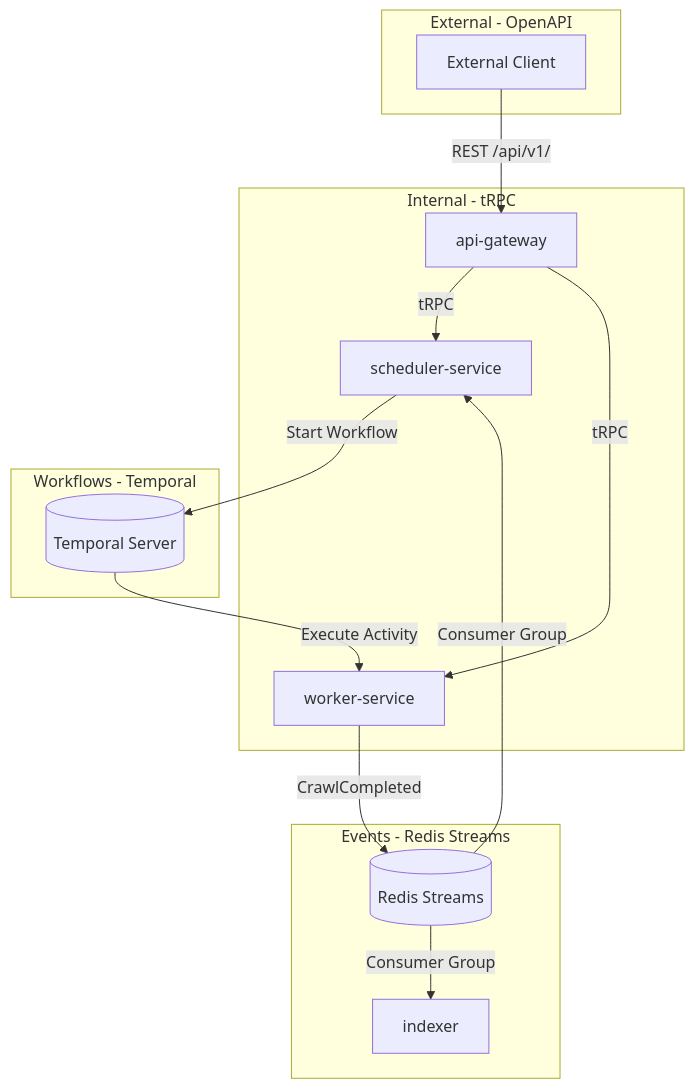
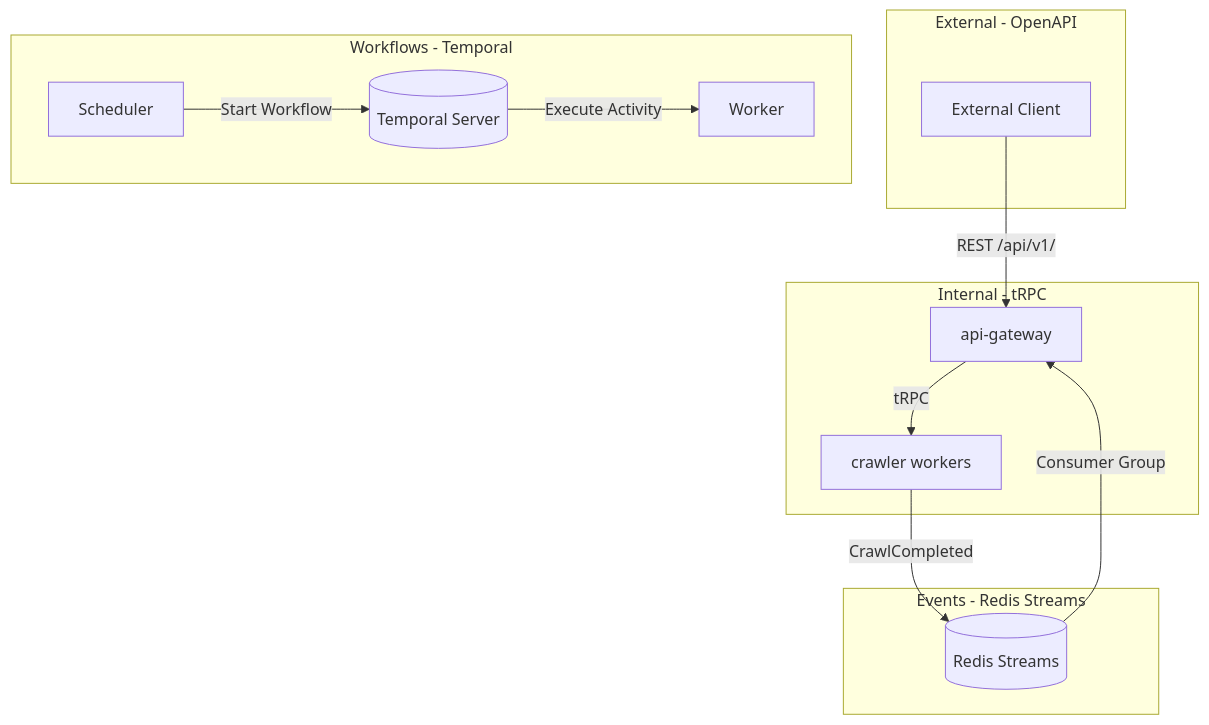
Before and after one commit to r-irbe/octupus-crawler: the diagram in docs/specs/service-communication/design.md, drawn with Mermaid. The commit also changed 13 other files, not shown here.

````diff
--- a/docs/specs/service-communication/design.md
+++ b/docs/specs/service-communication/design.md
@@ -10,22 +10,20 @@
 ```mermaid
 graph TB
   subgraph Internal - tRPC
-    API[api-gateway] -->|tRPC| Scheduler[scheduler-service]
-    API -->|tRPC| Worker[worker-service]
+    API[api-gateway] -->|tRPC| Crawler[crawler workers]
   end
 
   subgraph External - OpenAPI
     Client[External Client] -->|REST /api/v1/| API
   end
 
   subgraph Events - Redis Streams
-    Worker -->|CrawlCompleted| RS[(Redis Streams)]
-    RS -->|Consumer Group| Scheduler
-    RS -->|Consumer Group| Indexer[indexer]
+    Crawler -->|CrawlCompleted| RS[(Redis Streams)]
+    RS -->|Consumer Group| API
   end
 
   subgraph Workflows - Temporal
     Scheduler -->|Start Workflow| Temporal[(Temporal Server)]
     Temporal -->|Execute Activity| Worker
   end
 ```
````
